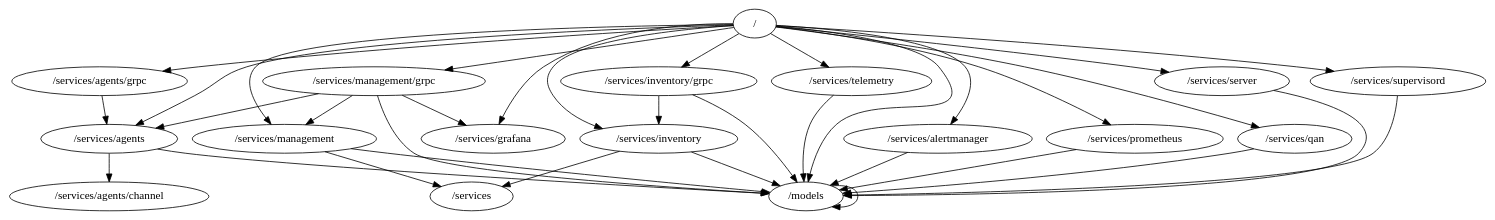
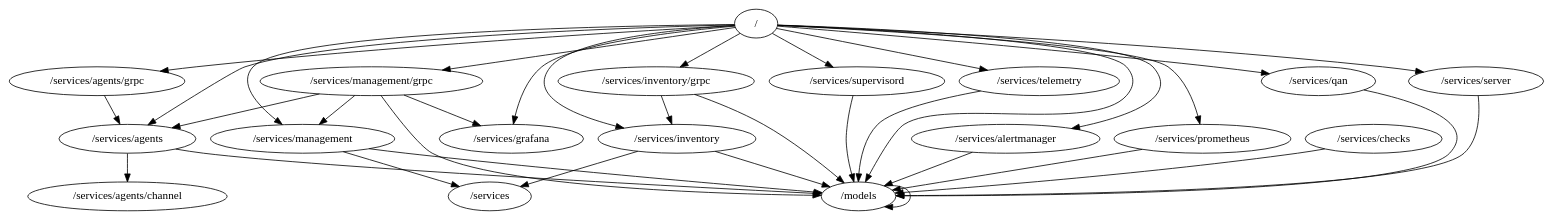
One commit to percona/pmm changed the diagram in packages.dot. Above: the diagram before and after it, drawn with Graphviz. The commit also changed 15 other files, not shown here.

```diff
--- a/packages.dot
+++ b/packages.dot
@@ -1,36 +1,37 @@
 digraph packages {
 	"/" -> "/models";
 	"/" -> "/services/agents";
 	"/" -> "/services/agents/grpc";
 	"/" -> "/services/alertmanager";
 	"/" -> "/services/grafana";
 	"/" -> "/services/inventory";
 	"/" -> "/services/inventory/grpc";
 	"/" -> "/services/management";
 	"/" -> "/services/management/grpc";
 	"/" -> "/services/prometheus";
 	"/" -> "/services/qan";
 	"/" -> "/services/server";
 	"/" -> "/services/supervisord";
 	"/" -> "/services/telemetry";
 	"/models" -> "/models";
 	"/services/agents" -> "/models";
 	"/services/agents" -> "/services/agents/channel";
 	"/services/agents/grpc" -> "/services/agents";
 	"/services/alertmanager" -> "/models";
+	"/services/checks" -> "/models";
 	"/services/inventory" -> "/models";
 	"/services/inventory" -> "/services";
 	"/services/inventory/grpc" -> "/models";
 	"/services/inventory/grpc" -> "/services/inventory";
 	"/services/management" -> "/models";
 	"/services/management" -> "/services";
 	"/services/management/grpc" -> "/models";
 	"/services/management/grpc" -> "/services/agents";
 	"/services/management/grpc" -> "/services/grafana";
 	"/services/management/grpc" -> "/services/management";
 	"/services/prometheus" -> "/models";
 	"/services/qan" -> "/models";
 	"/services/server" -> "/models";
 	"/services/supervisord" -> "/models";
 	"/services/telemetry" -> "/models";
 }
```
